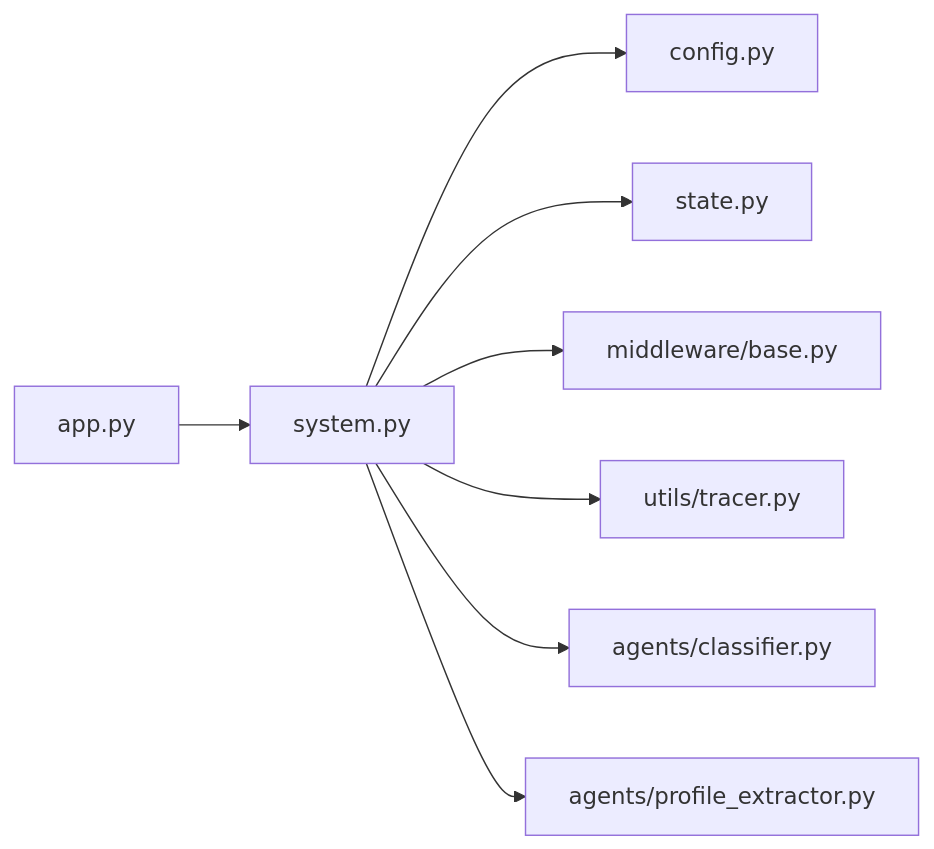
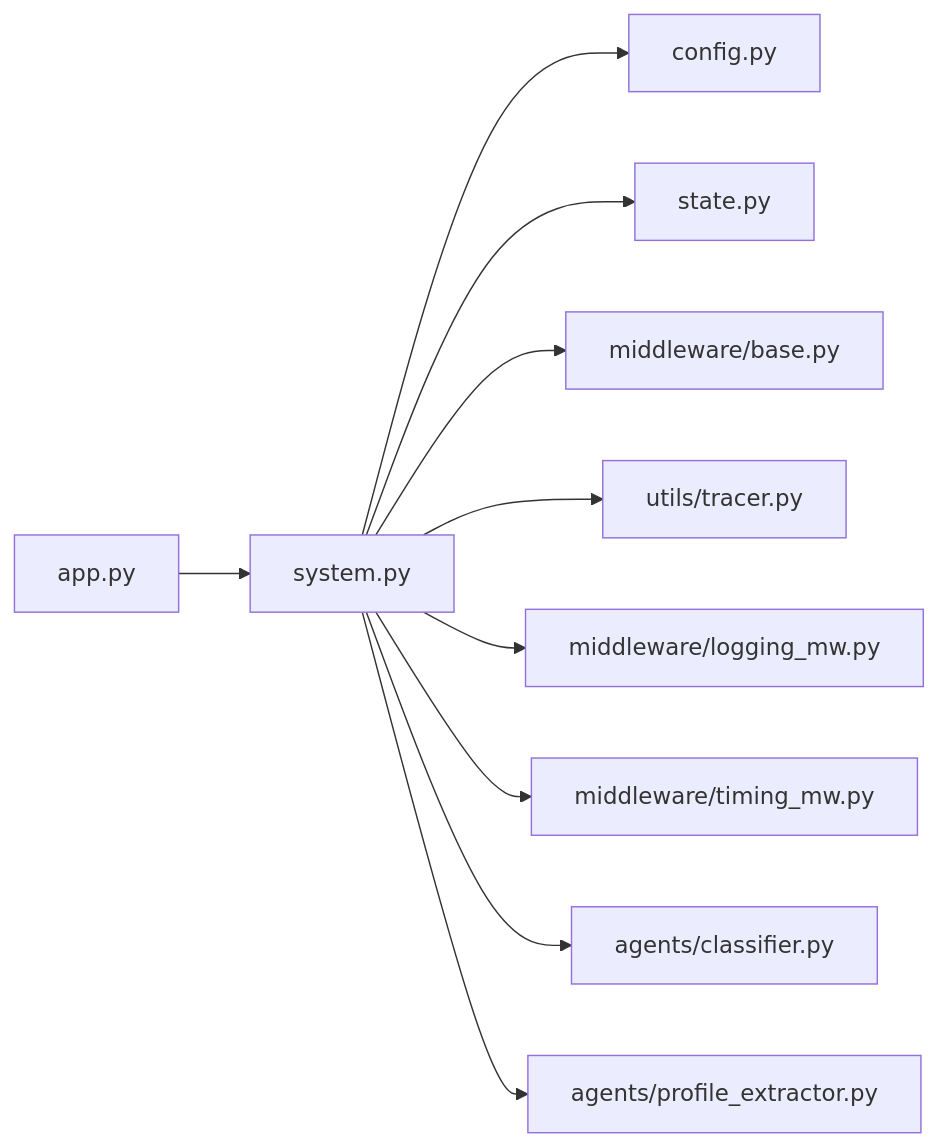
One commit to Yijtu/multi-agent-customer-service changed the fourth of 4 diagrams in .qoder/repowiki/zh/content/Web界面设计.md. Above: the diagram before and after it, drawn with Mermaid. The commit also changed other lines of this file and 28 other files, not shown here.

````diff
--- a/.qoder/repowiki/zh/content/Web界面设计.md
+++ b/.qoder/repowiki/zh/content/Web界面设计.md
@@ -248,10 +270,12 @@
 ```mermaid
 graph LR
 APP["app.py"] --> SYS["system.py"]
 SYS --> CFG["config.py"]
 SYS --> STATE["state.py"]
 SYS --> MW["middleware/base.py"]
 SYS --> TR["utils/tracer.py"]
+SYS --> LOG_MW["middleware/logging_mw.py"]
+SYS --> TIME_MW["middleware/timing_mw.py"]
 SYS --> AG1["agents/classifier.py"]
 SYS --> AG2["agents/profile_extractor.py"]
 ```
````
